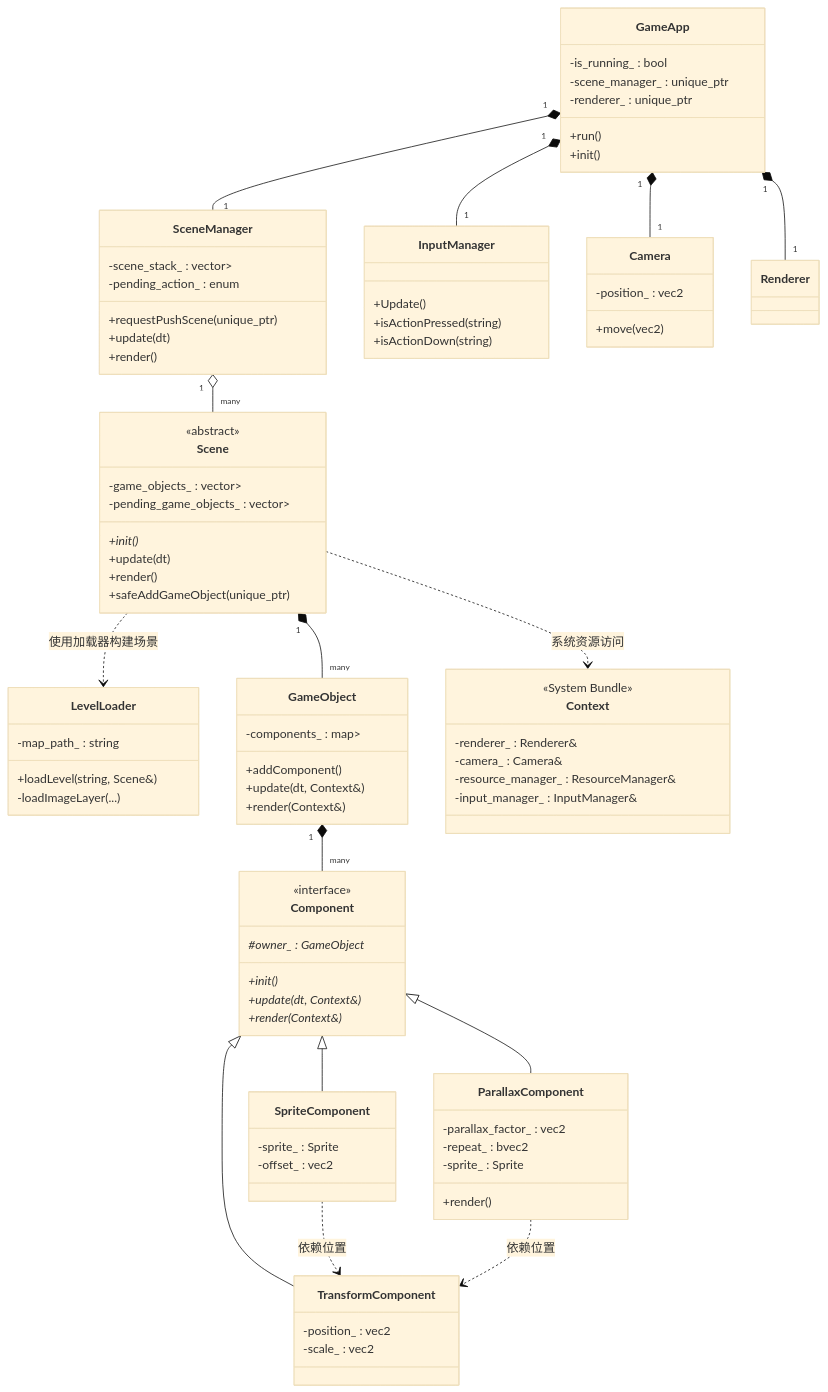
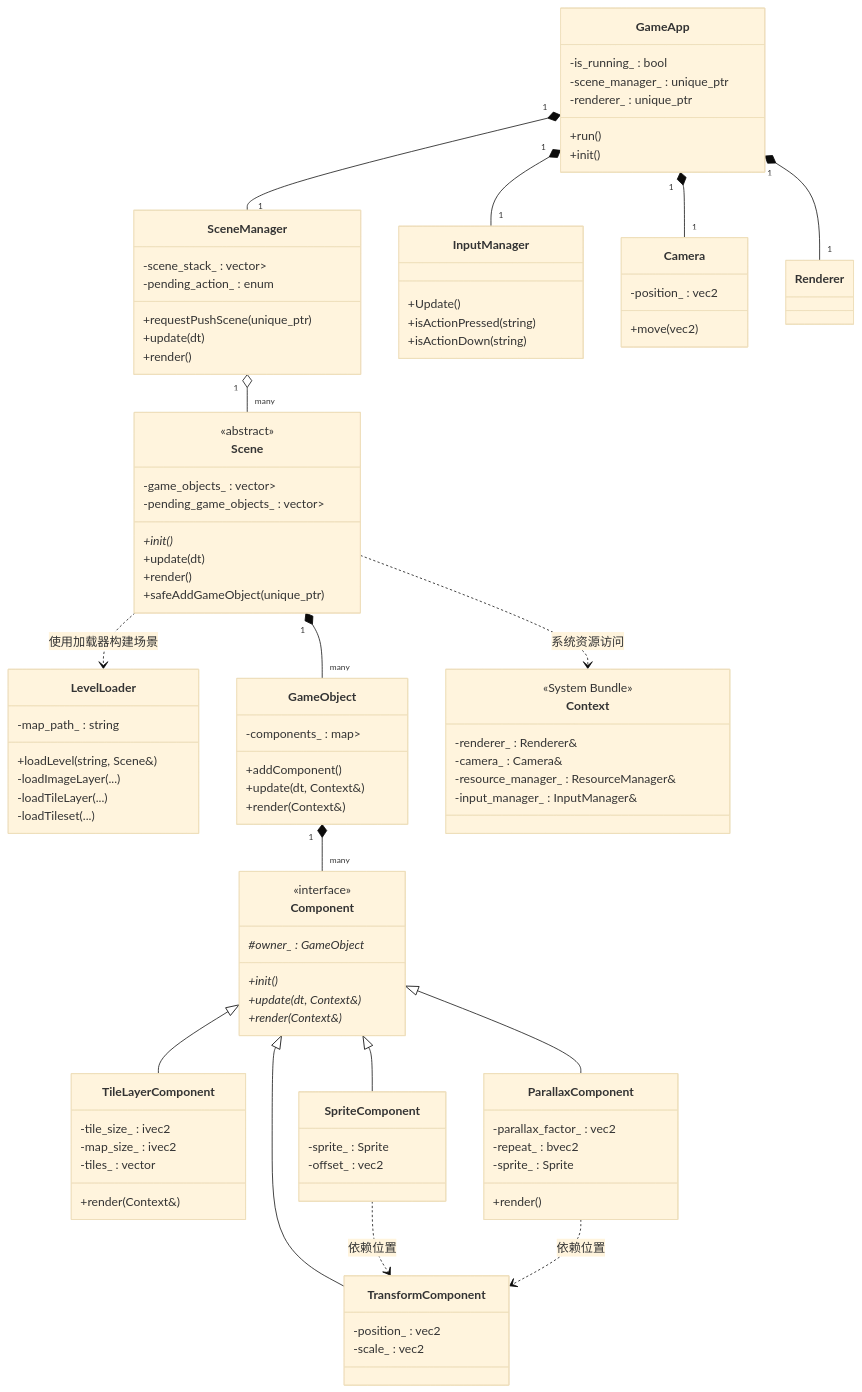
The first of 2 diagrams in docs/PROJECT_STRUCTURE.md (hezhangtdzs/SunnyLand), drawn with Mermaid (base theme) before and after one commit. The commit also changed other lines of this file and 7 other files, not shown here.

```diff
--- a/docs/PROJECT_STRUCTURE.md
+++ b/docs/PROJECT_STRUCTURE.md
@@ -34,6 +34,8 @@
         -map_path_ : string
         +loadLevel(string, Scene&)
         -loadImageLayer(...)
+        -loadTileLayer(...)
+        -loadTileset(...)
     }
 
     class GameObject {
@@ -49,6 +51,13 @@
         +init()*
         +update(dt, Context&)*
         +render(Context&)*
+    }
+
+    class TileLayerComponent {
+        -tile_size_ : ivec2
+        -map_size_ : ivec2
+        -tiles_ : vector<TileInfo>
+        +render(Context&)
     }
 
     class TransformComponent {
@@ -99,6 +108,7 @@
     Component <|-- TransformComponent
     Component <|-- SpriteComponent
     Component <|-- ParallaxComponent
+    Component <|-- TileLayerComponent
     SpriteComponent ..> TransformComponent : 依赖位置
     ParallaxComponent ..> TransformComponent : 依赖位置
     Scene ..> Context : 系统资源访问
```
